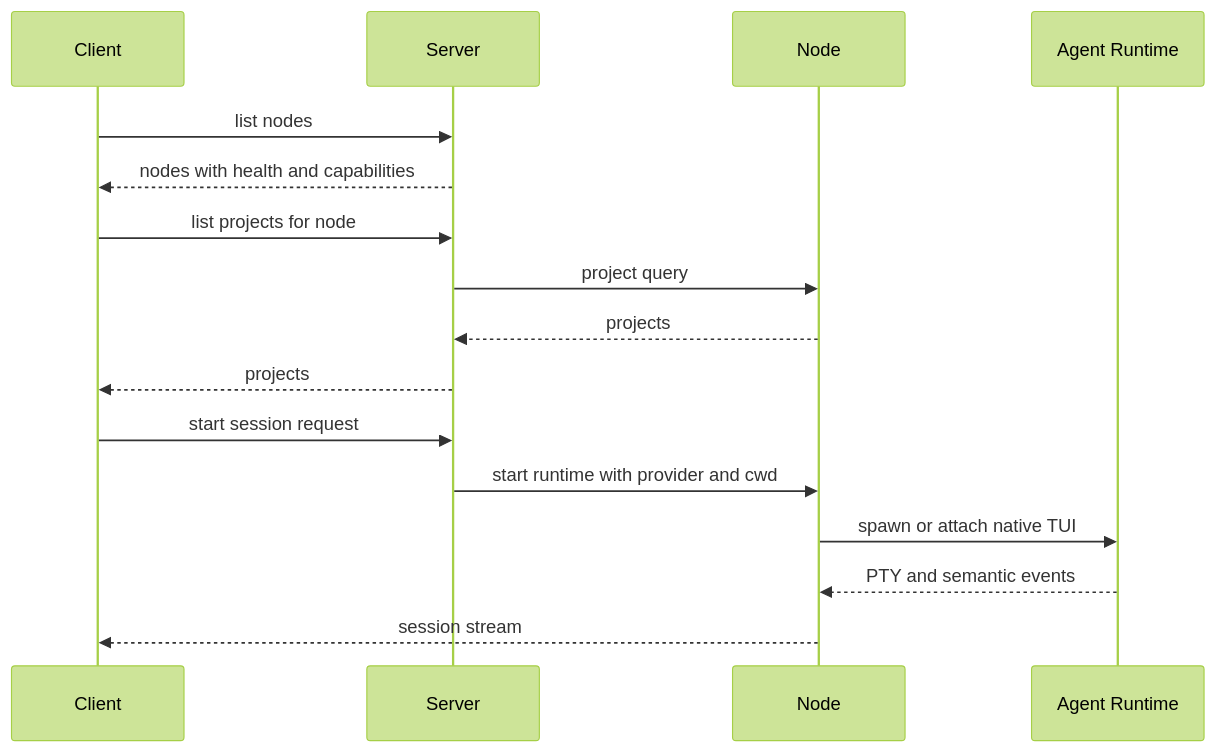
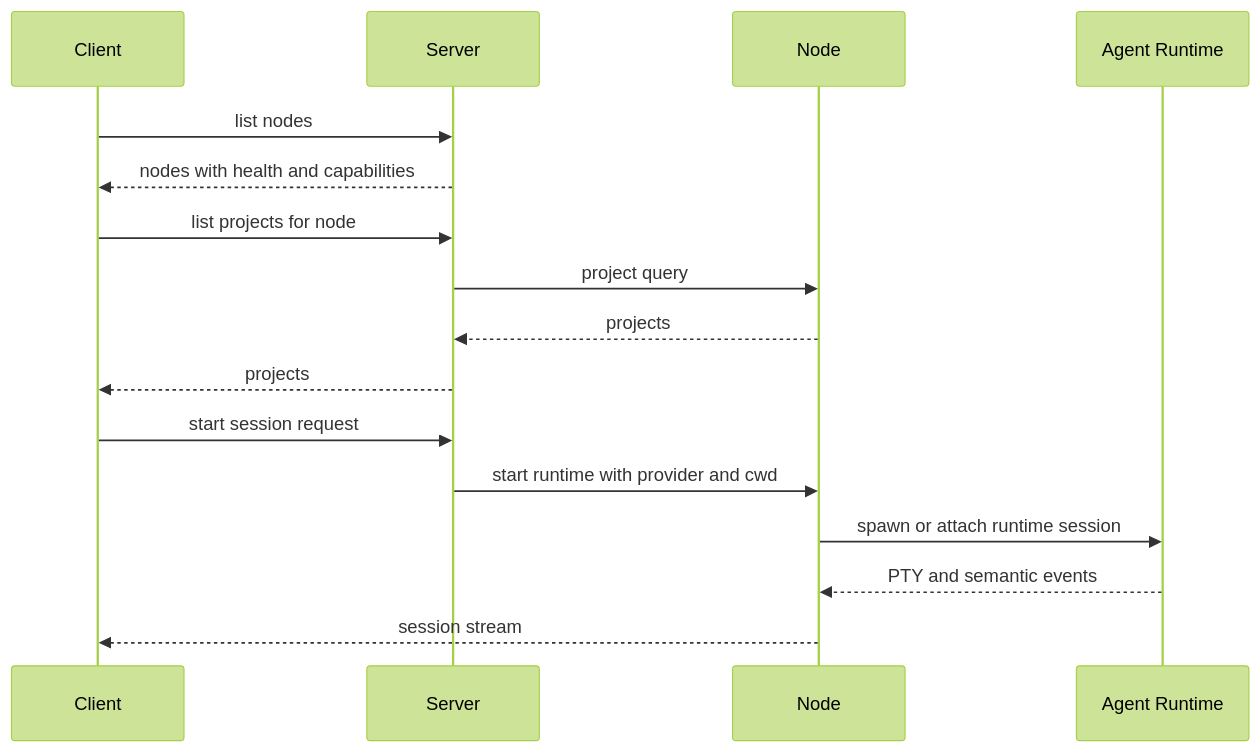
Before and after one commit to madou1217/ai_home: the sixth of 7 diagrams in docs/fabric/02-user-flows.md, drawn with Mermaid (forest theme). The commit also changed other lines of this file and 26 other files, not shown here.

Commit message:
docs(fabric): remove native tui plan

````diff
--- a/docs/fabric/02-user-flows.md
+++ b/docs/fabric/02-user-flows.md
@@ -150,19 +150,19 @@
 ```mermaid
 sequenceDiagram
   participant C as Client
   participant S as Server
   participant N as Node
   participant A as Agent Runtime
 
   C->>S: list nodes
   S-->>C: nodes with health and capabilities
   C->>S: list projects for node
   S->>N: project query
   N-->>S: projects
   S-->>C: projects
   C->>S: start session request
   S->>N: start runtime with provider and cwd
-  N->>A: spawn or attach native TUI
+  N->>A: spawn or attach runtime session
   A-->>N: PTY and semantic events
   N-->>C: session stream
 ```
````
